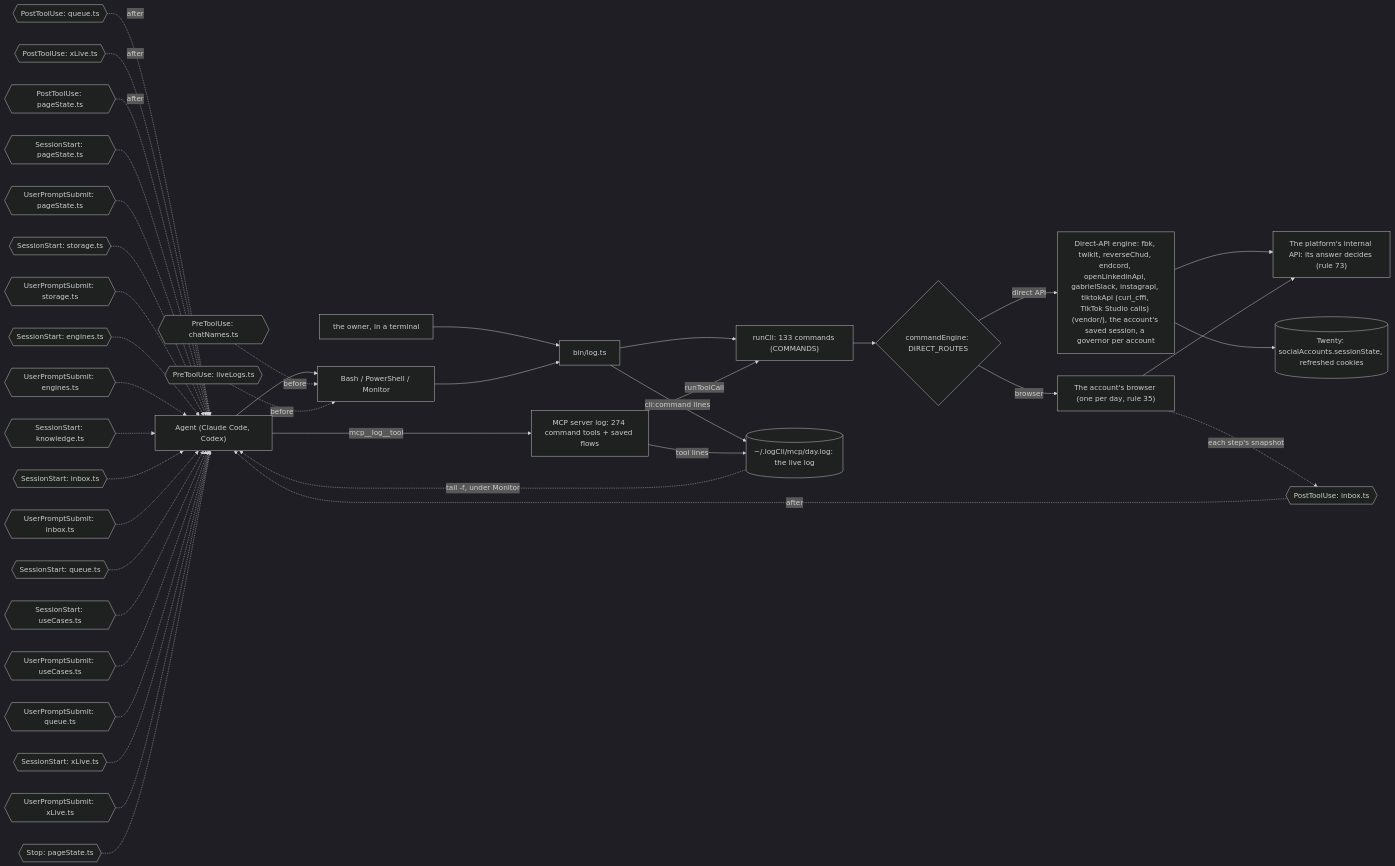
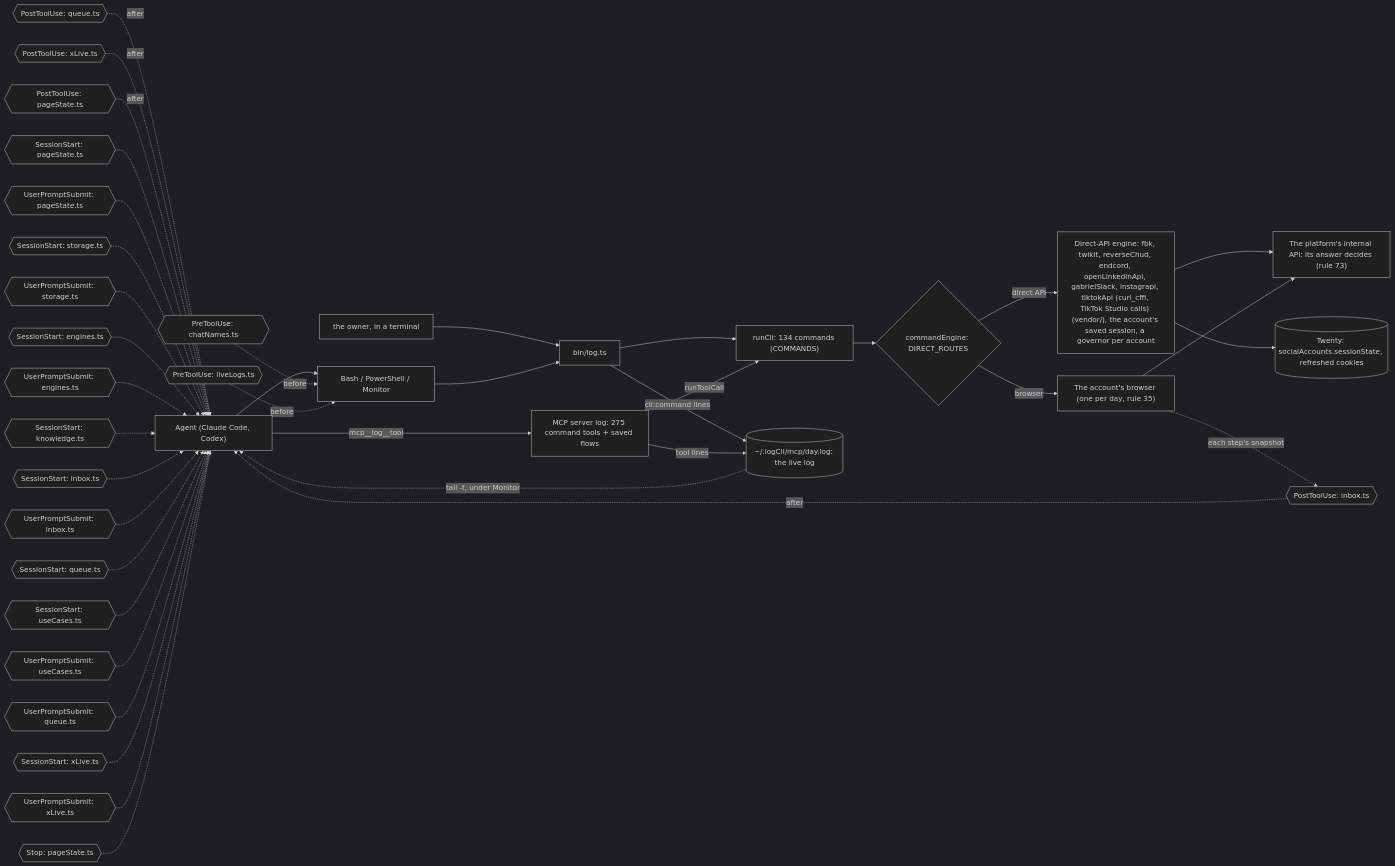
One commit to aggelos-pappas/log changed the diagram in docs/diagrams/surface.mmd. Above: the diagram before and after it, drawn with Mermaid (dark theme). The commit also changed 30 other files, not shown here.

```diff
--- a/docs/diagrams/surface.mmd
+++ b/docs/diagrams/surface.mmd
@@ -1,53 +1,53 @@
 %% How a call reaches log-cli. From a shell or over MCP, both run the same commands through `runCli`, write the same live log, and pass through the same hooks. `commandEngine` sends each command to the platform's direct API or to the account's browser.
 %% Written by `bun run docs:build` from the code (rule 56). Not edited by hand.
 flowchart LR
   agent["Agent (Claude Code, Codex)"]
   owner["the owner, in a terminal"]
   shell["Bash / PowerShell / Monitor"]
-  mcp["MCP server log: 274 command tools + saved flows"]
+  mcp["MCP server log: 275 command tools + saved flows"]
   bin["bin/log.ts"]
-  runCli["runCli: 133 commands (COMMANDS)"]
+  runCli["runCli: 134 commands (COMMANDS)"]
   live[("~/.logCli/mcp/day.log: the live log")]
   engine{"commandEngine: DIRECT_ROUTES"}
   direct["Direct-API engine: fbk, twikit, reverseChud, endcord, openLinkedinApi, gabrielSlack, instagrapi, tiktokApi (curl_cffi, TikTok Studio calls) (vendor/), the account's saved session, a governor per account"]
   browser["The account's browser (one per day, rule 35)"]
   api["The platform's internal API: its answer decides (rule 73)"]
   twenty[("Twenty: socialAccounts.sessionState, refreshed cookies")]
   agent --> shell
   owner --> bin
   shell --> bin
   agent -->|mcp__log__tool| mcp
   bin --> runCli
   mcp -->|runToolCall| runCli
   runCli --> engine
   engine -->|direct API| direct
   engine -->|browser| browser
   direct --> api
   browser --> api
   direct --> twenty
   bin -->|cli:command lines| live
   mcp -->|tool lines| live
   live -.->|tail -f, under Monitor| agent
   pre0{{"PreToolUse: chatNames.ts"}} -.->|before| shell
   pre1{{"PreToolUse: liveLogs.ts"}} -.->|before| shell
   post0{{"PostToolUse: inbox.ts"}} -.->|after| agent
   post1{{"PostToolUse: queue.ts"}} -.->|after| agent
   post2{{"PostToolUse: xLive.ts"}} -.->|after| agent
   post3{{"PostToolUse: pageState.ts"}} -.->|after| agent
   turn0{{"SessionStart: pageState.ts"}} -.-> agent
   turn1{{"UserPromptSubmit: pageState.ts"}} -.-> agent
   turn2{{"SessionStart: storage.ts"}} -.-> agent
   turn3{{"UserPromptSubmit: storage.ts"}} -.-> agent
   turn4{{"SessionStart: engines.ts"}} -.-> agent
   turn5{{"UserPromptSubmit: engines.ts"}} -.-> agent
   turn6{{"SessionStart: knowledge.ts"}} -.-> agent
   turn7{{"SessionStart: inbox.ts"}} -.-> agent
   turn8{{"UserPromptSubmit: inbox.ts"}} -.-> agent
   turn9{{"SessionStart: queue.ts"}} -.-> agent
   turn10{{"SessionStart: useCases.ts"}} -.-> agent
   turn11{{"UserPromptSubmit: useCases.ts"}} -.-> agent
   turn12{{"UserPromptSubmit: queue.ts"}} -.-> agent
   turn13{{"SessionStart: xLive.ts"}} -.-> agent
   turn14{{"UserPromptSubmit: xLive.ts"}} -.-> agent
   turn15{{"Stop: pageState.ts"}} -.-> agent
   browser -.->|each step's snapshot| post0
```
